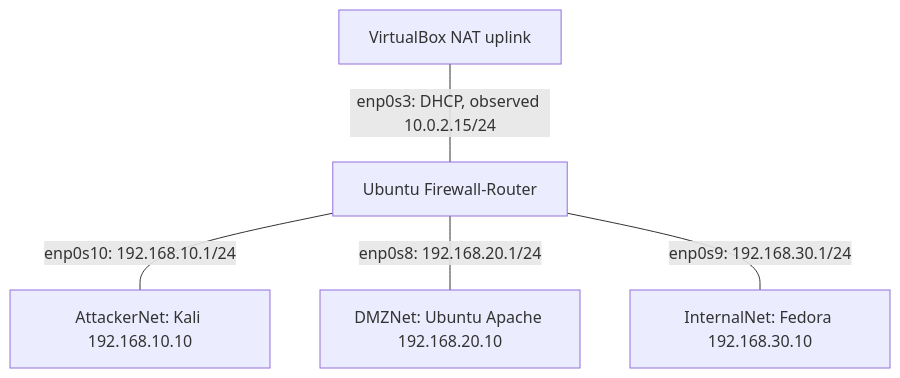
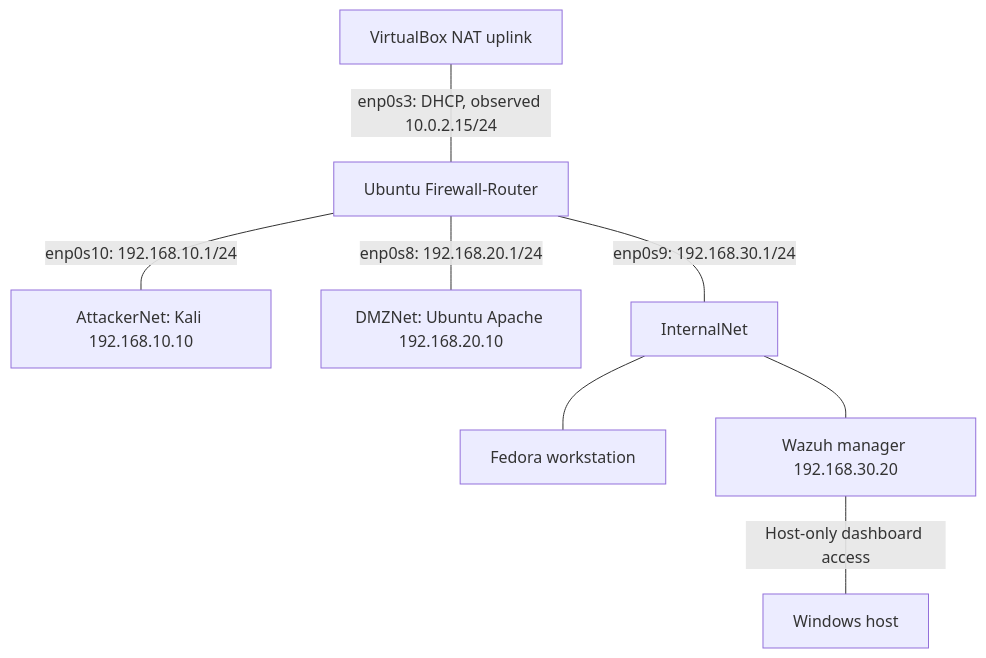
The diagram in diagrams/virtualbox-topology.md (milenaaburto/cybersecurity-home-network-lab), drawn with Mermaid before and after one commit. The commit also changed other lines of this file and 9 other files, not shown here.

````diff
--- a/diagrams/virtualbox-topology.md
+++ b/diagrams/virtualbox-topology.md
@@ -6,7 +6,10 @@
 ```mermaid
 flowchart TD
     N["VirtualBox NAT uplink"] ---|"enp0s3: DHCP, observed 10.0.2.15/24"| R["Ubuntu Firewall-Router"]
     R ---|"enp0s10: 192.168.10.1/24"| A["AttackerNet: Kali 192.168.10.10"]
     R ---|"enp0s8: 192.168.20.1/24"| D["DMZNet: Ubuntu Apache 192.168.20.10"]
-    R ---|"enp0s9: 192.168.30.1/24"| I["InternalNet: Fedora 192.168.30.10"]
+    R ---|"enp0s9: 192.168.30.1/24"| I["InternalNet"]
+    I --- F["Fedora workstation"]
+    I --- W["Wazuh manager 192.168.30.20"]
+    W ---|"Host-only dashboard access"| H["Windows host"]
 ```
````
